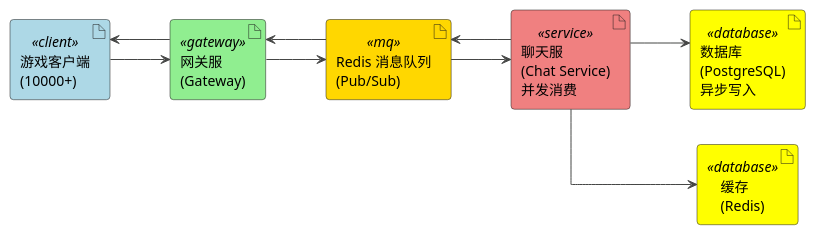
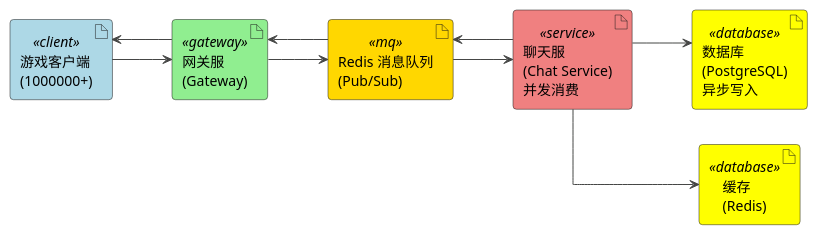
Before and after one commit to zhengfaning/fast-game-chat: the diagram in docs/introduction.md, drawn with PlantUML. The commit also changed other lines of this file and 12 other files, not shown here.

````diff
--- a/docs/introduction.md
+++ b/docs/introduction.md
@@ -3,62 +3,62 @@
 ```plantuml {kroki=true}
 @startuml 游戏系统部署架构
 !theme vibrant
 skinparam linetype ortho
 
 
 left to right direction
 
 ' 定义样式
 skinparam node {
     BackgroundColor White
     BorderColor Black
     FontSize 12
 }
 
 skinparam artifact {
     BackgroundColor<<client>> LightBlue
     BackgroundColor<<gateway>> LightGreen
     BackgroundColor<<mq>> Gold
     BackgroundColor<<service>> LightCoral
     BackgroundColor<<database>> Yellow
 }
 
 ' 客户端节点
-artifact "游戏客户端\n(10000+)" as client_app <<client>>
+artifact "游戏客户端\n(1000000+)" as client_app <<client>>
 
 ' 网关层
 artifact "网关服\n(Gateway)" as gateway <<gateway>>
 
 ' 消息队列层
 artifact "Redis 消息队列\n(Pub/Sub)" as mq <<mq>>
 
 ' 服务层
 artifact "聊天服\n(Chat Service)\n并发消费" as chat <<service>>
 
 ' 数据层
 artifact "数据库\n(PostgreSQL)\n异步写入" as postgres <<database>>
 artifact "缓存\n(Redis)" as redis <<database>>
 
 ' 强制水平排列
 client_app -[hidden]right-> gateway
 gateway -[hidden]right-> mq
 mq -[hidden]right-> chat
 chat -[hidden]right-> postgres
 postgres -[hidden]right-> redis
 
 ' 请求流向 (客户端 -> Gateway -> MQ -> Chat Service)
 client_app --> gateway
 gateway --> mq
 mq --> chat
 
 ' 响应流向 (Chat Service -> MQ -> Gateway -> 客户端)
 chat --> mq
 mq --> gateway
 gateway --> client_app
 
 ' 持久化
 chat --> postgres
 chat --> redis
 
 @enduml
 ```
````
